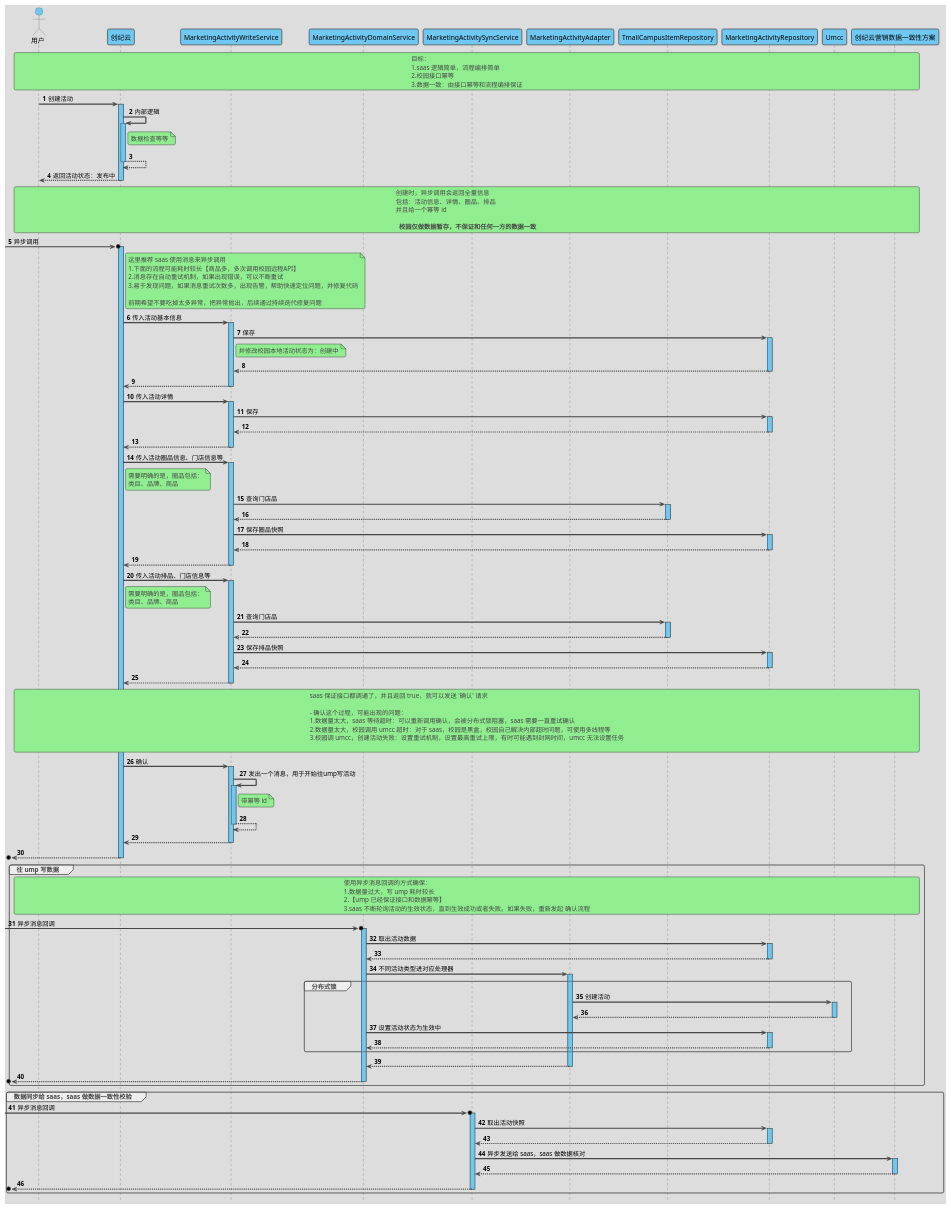
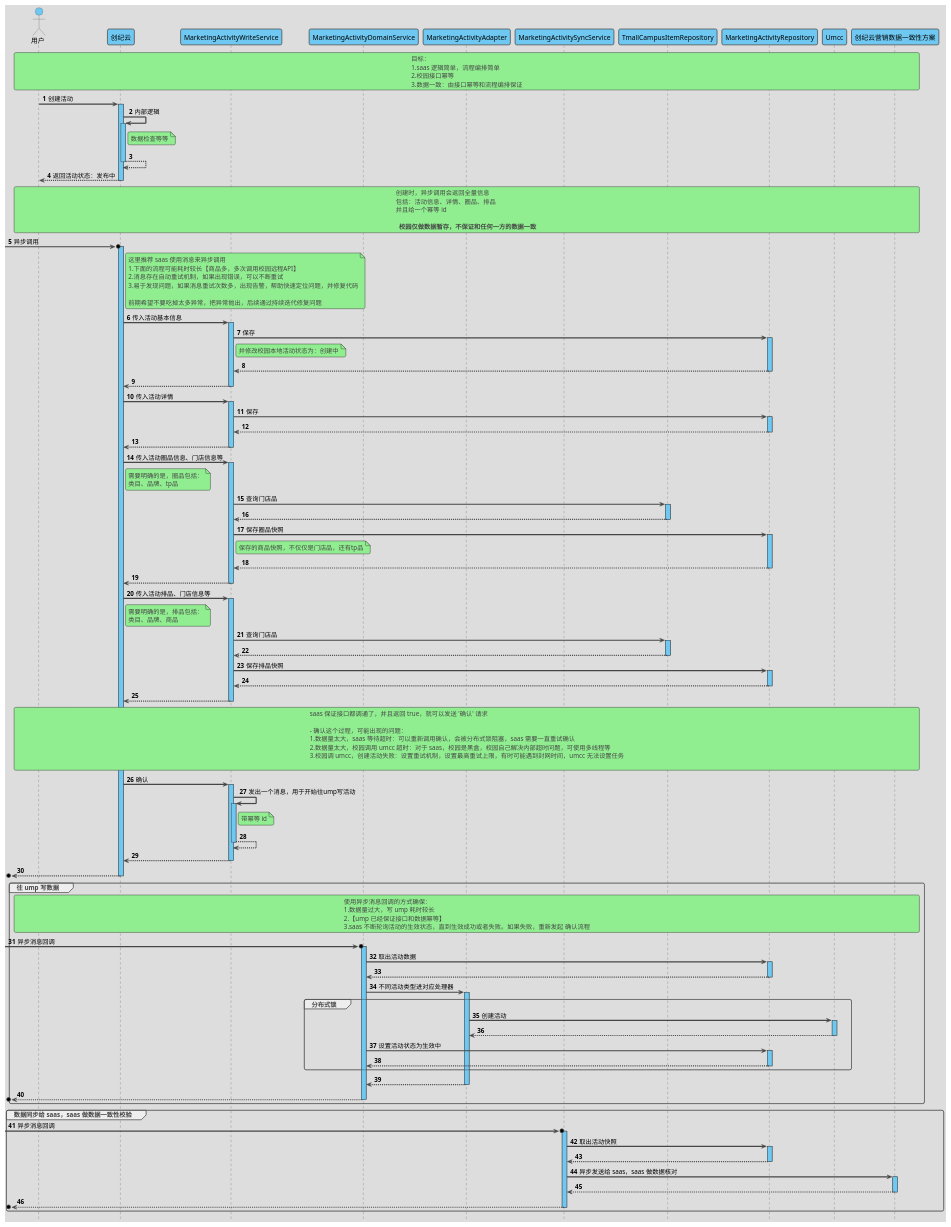
One commit to xauvlove/uml changed the diagram in src/main/resource/天猫校园/营销/基本框架/创建活动v2.puml. Above: the diagram before and after it, drawn with PlantUML. The commit also changed 1 other file, not shown here.

```diff
--- a/src/main/resource/天猫校园/营销/基本框架/创建活动v2.puml
+++ b/src/main/resource/天猫校园/营销/基本框架/创建活动v2.puml
@@ -1,172 +1,176 @@
 @startuml
 
 'https://plantuml.com/sequence-diagram
 
 '隐藏脚注
 hide footbox
 
 '使用 toy 主题
 !theme toy
 
 '自动激活
 autoActivate on
 
 '编号
 autonumber 1
 
 '隐藏孤立的参与者
 hide unlinked
 
 '文字对齐，向左对齐
 skinparam sequenceMessageAlign left
 
 '箭头粗度
 skinparam sequenceArrowThickness 2.5
 
 ' 皮肤
 skinparam sequence {
     LifeLineBackgroundColor #6FC8F2
     ParticipantBackgroundColor #6FC8F2
     ParticipantFontColor black
     ActorBackgroundColor #6FC8F2
     ActorFontColor black
 }
 
 actor 用户 as user
 participant 创纪云 as saas
 participant MarketingActivityWriteService as MarketingActivityWriteService
 participant MarketingActivityDomainService as MarketingActivityDomainService
 participant MarketingActivitySyncService as MarketingActivitySyncService
 participant MarketingActivityAdapter as MarketingActivityAdapter
+participant MarketingActivitySyncService as MarketingActivitySyncService
 participant TmallCampusItemRepository as TmallCampusItemRepository
 participant MarketingActivityRepository as MarketingActivityRepository
 participant Umcc as Umcc
 participant 创纪云营销数据一致性方案 as SaasMarketingActivityChecker
 
 
 rnote across
     目标：
     1.saas 逻辑简单，流程编排简单
     2.校园接口幂等
     3.数据一致：由接口幂等和流程编排保证
 end note
 
 user -> saas : 创建活动
 
 saas -> saas : 内部逻辑
 note right of saas
     数据检查等等
 end note
 return
 return 返回活动状态：发布中
 
 rnote across
     创建时，异步调用会返回全量信息
     包括：活动信息、详情、圈品、排品
     并且给一个幂等 id
 
      ** 校园仅做数据暂存，不保证和任何一方的数据一致 **
 end note
 
 ->o saas : 异步调用
 note right of saas
      这里推荐 saas 使用消息来异步调用
      1.下面的流程可能耗时较长【商品多，多次调用校园远程API】
      2.消息存在自动重试机制，如果出现错误，可以不断重试
      3.易于发现问题，如果消息重试次数多，出现告警，帮助快速定位问题，并修复代码
 
      前期希望不要吃掉太多异常，把异常抛出，后续通过持续迭代修复问题
 end note
 
 saas -> MarketingActivityWriteService : 传入活动基本信息
 
 MarketingActivityWriteService -> MarketingActivityRepository : 保存
 note right of MarketingActivityWriteService
     并修改校园本地活动状态为：创建中
 end note
 return
 return
 
 saas -> MarketingActivityWriteService : 传入活动详情
 MarketingActivityWriteService -> MarketingActivityRepository : 保存
 return
 return
 
 saas -> MarketingActivityWriteService : 传入活动圈品信息、门店信息等
 note right of saas
     需要明确的是，圈品包括：
-    类目、品牌、商品
+    类目、品牌、tp品
 end note
 
 MarketingActivityWriteService -> TmallCampusItemRepository : 查询门店品
 return
 MarketingActivityWriteService -> MarketingActivityRepository : 保存圈品快照
+note right of MarketingActivityWriteService
+    保存的商品快照，不仅仅是门店品，还有tp品
+end note
 return
 return
 
 saas -> MarketingActivityWriteService : 传入活动排品、门店信息等
 note right of saas
-    需要明确的是，圈品包括：
+    需要明确的是，排品包括：
     类目、品牌、商品
 end note
 MarketingActivityWriteService -> TmallCampusItemRepository : 查询门店品
 return
 MarketingActivityWriteService -> MarketingActivityRepository : 保存排品快照
 return
 return
 
 rnote across
     saas 保证接口都调通了，并且返回 true，就可以发送 '确认' 请求
 
     - 确认这个过程，可能出现的问题：
     1.数据量太大，saas 等待超时：可以重新调用确认，会被分布式锁阻塞，saas 需要一直重试确认
     2.数据量太大，校园调用 umcc 超时：对于 saas，校园是黑盒，校园自己解决内部超时问题，可使用多线程等
     3.校园调 umcc，创建活动失败：设置重试机制，设置最高重试上限，有时可能遇到封网时间，umcc 无法设置任务
 
 end note
 saas -> MarketingActivityWriteService : 确认
 MarketingActivityWriteService -> MarketingActivityWriteService : 发出一个消息，用于开始往ump写活动
 note right of MarketingActivityWriteService
     带幂等 id
 end note
 return
 return
 return
 
 group 往 ump 写数据
     rnote across
         使用异步消息回调的方式确保：
         1.数据量过大，写 ump 耗时较长
         2.【ump 已经保证接口和数据幂等】
         3.saas 不断轮询活动的生效状态，直到生效成功或者失败。如果失败，重新发起 确认流程
     end note
     ->o MarketingActivityDomainService : 异步消息回调
     MarketingActivityDomainService -> MarketingActivityRepository : 取出活动数据
     return
 
     MarketingActivityDomainService -> MarketingActivityAdapter : 不同活动类型进对应处理器
 
     group 分布式锁
         MarketingActivityAdapter -> Umcc : 创建活动
         return
         MarketingActivityDomainService -> MarketingActivityRepository : 设置活动状态为生效中
         return
     end group
     return
     return
 end group
 
 group 数据同步给 saas，saas 做数据一致性校验
      ->o MarketingActivitySyncService : 异步消息回调
      MarketingActivitySyncService -> MarketingActivityRepository : 取出活动快照
      return
      MarketingActivitySyncService -> SaasMarketingActivityChecker : 异步发送给 saas，saas 做数据核对
      return
      return
 end group
 
 
 
 
 
 @enduml
```
